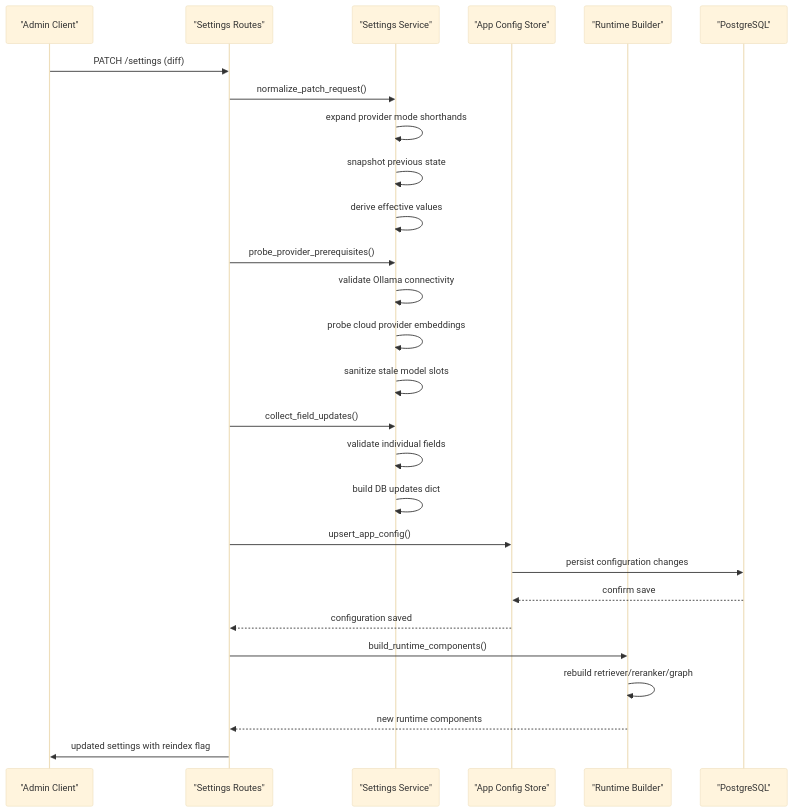
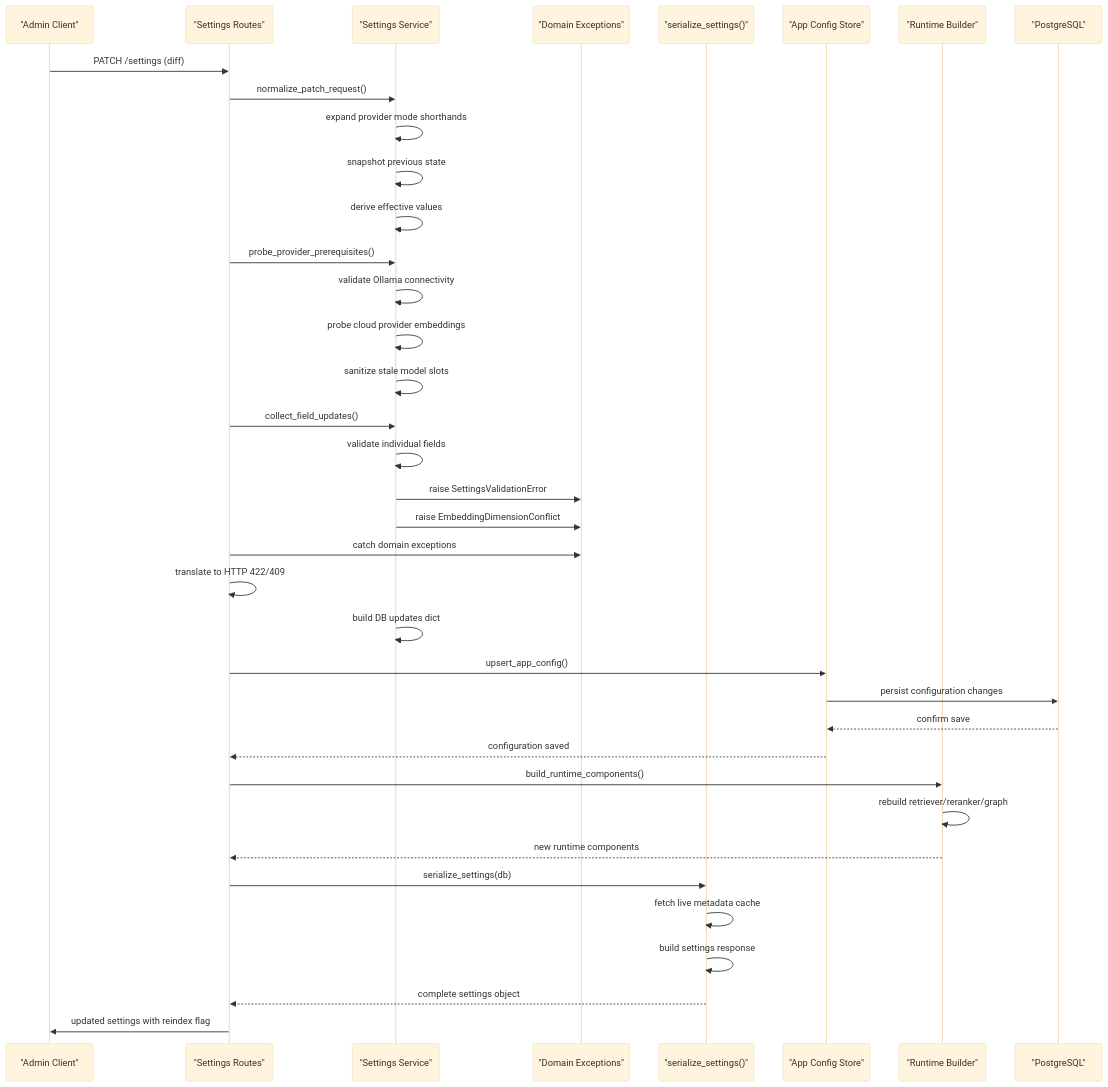
The second of 8 diagrams in .qoder/repowiki/en/content/Backend Development/Settings Management System.md (genes8/private-ai), drawn with Mermaid (base theme) before and after one commit. The commit also changed other lines of this file and 55 other files, not shown here.

````diff
--- a/.qoder/repowiki/en/content/Backend Development/Settings Management System.md
+++ b/.qoder/repowiki/en/content/Backend Development/Settings Management System.md
@@ -121,29 +149,39 @@
 ```mermaid
 sequenceDiagram
 participant Client as "Admin Client"
 participant API as "Settings Routes"
 participant Service as "Settings Service"
+participant Exceptions as "Domain Exceptions"
+participant Serialize as "serialize_settings()"
 participant Config as "App Config Store"
 participant Runtime as "Runtime Builder"
 participant DB as "PostgreSQL"
 Client->>API : PATCH /settings (diff)
 API->>Service : normalize_patch_request()
 Service->>Service : expand provider mode shorthands
 Service->>Service : snapshot previous state
 Service->>Service : derive effective values
 API->>Service : probe_provider_prerequisites()
 Service->>Service : validate Ollama connectivity
 Service->>Service : probe cloud provider embeddings
 Service->>Service : sanitize stale model slots
 API->>Service : collect_field_updates()
 Service->>Service : validate individual fields
+Service->>Exceptions : raise SettingsValidationError
+Service->>Exceptions : raise EmbeddingDimensionConflict
+API->>Exceptions : catch domain exceptions
+API->>API : translate to HTTP 422/409
 Service->>Service : build DB updates dict
 API->>Config : upsert_app_config()
 Config->>DB : persist configuration changes
 DB-->>Config : confirm save
 Config-->>API : configuration saved
 API->>Runtime : build_runtime_components()
 Runtime->>Runtime : rebuild retriever/reranker/graph
 Runtime-->>API : new runtime components
+API->>Serialize : serialize_settings(db)
+Serialize->>Serialize : fetch live metadata cache
+Serialize->>Serialize : build settings response
+Serialize-->>API : complete settings object
 API->>Client : updated settings with reindex flag
 ```
````
